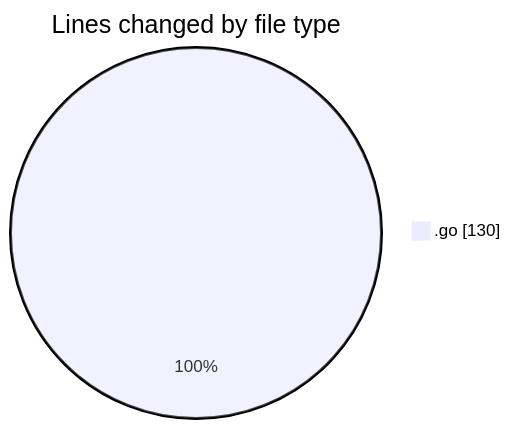
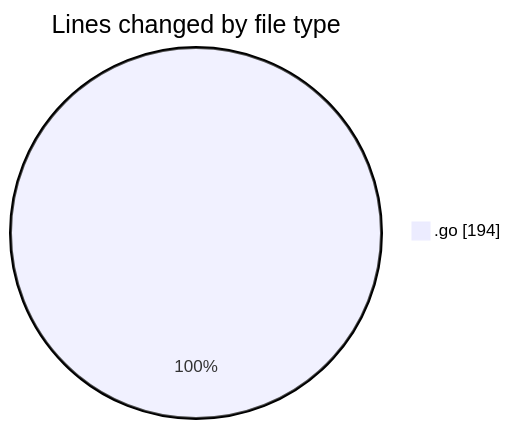
One commit to robertbonfada/code-tracking changed the first of 2 diagrams in 2025-03-01/test-digital-placa/README.md. Above: the diagram before and after it, drawn with Mermaid. The commit also changed other lines of this file and 1 other file, not shown here.

````diff
--- a/2025-03-01/test-digital-placa/README.md
+++ b/2025-03-01/test-digital-placa/README.md
@@ -20,5 +20,5 @@
 ```mermaid
 pie showData
 title Lines changed by file type
-".go" : 130
+".go" : 194
 ```
````
